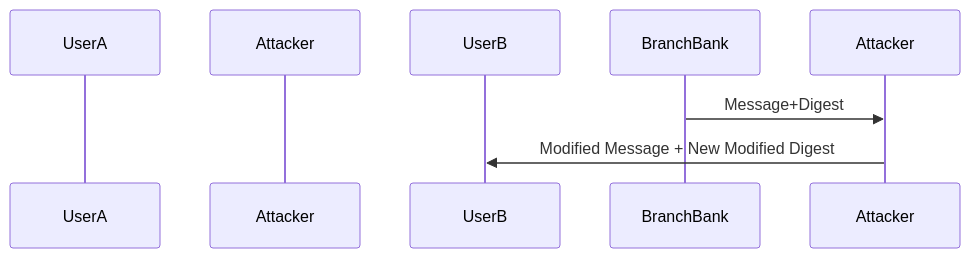
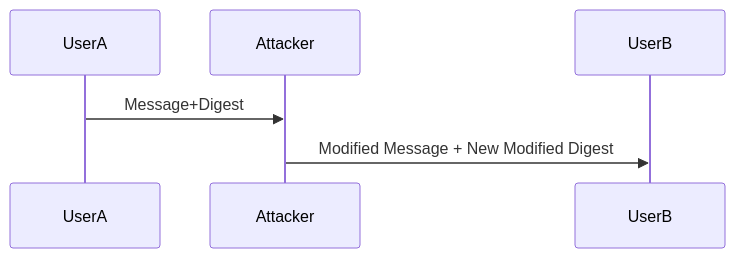
Before and after one commit to Rajeev-Tamang/OpenSSL: the eighth of 8 diagrams in README.md, drawn with Mermaid.

````diff
--- a/README.md
+++ b/README.md
@@ -186,9 +186,5 @@
 ```mermaid
 sequenceDiagram
-    participant UserA as UserA
-    participant MIMT as Attacker
-    participant UserB as UserB
-
-    BranchBank->>Attacker: Message+Digest
+    UserA->>Attacker: Message+Digest
     Attacker->>UserB: Modified Message + New Modified Digest
 ```
````
